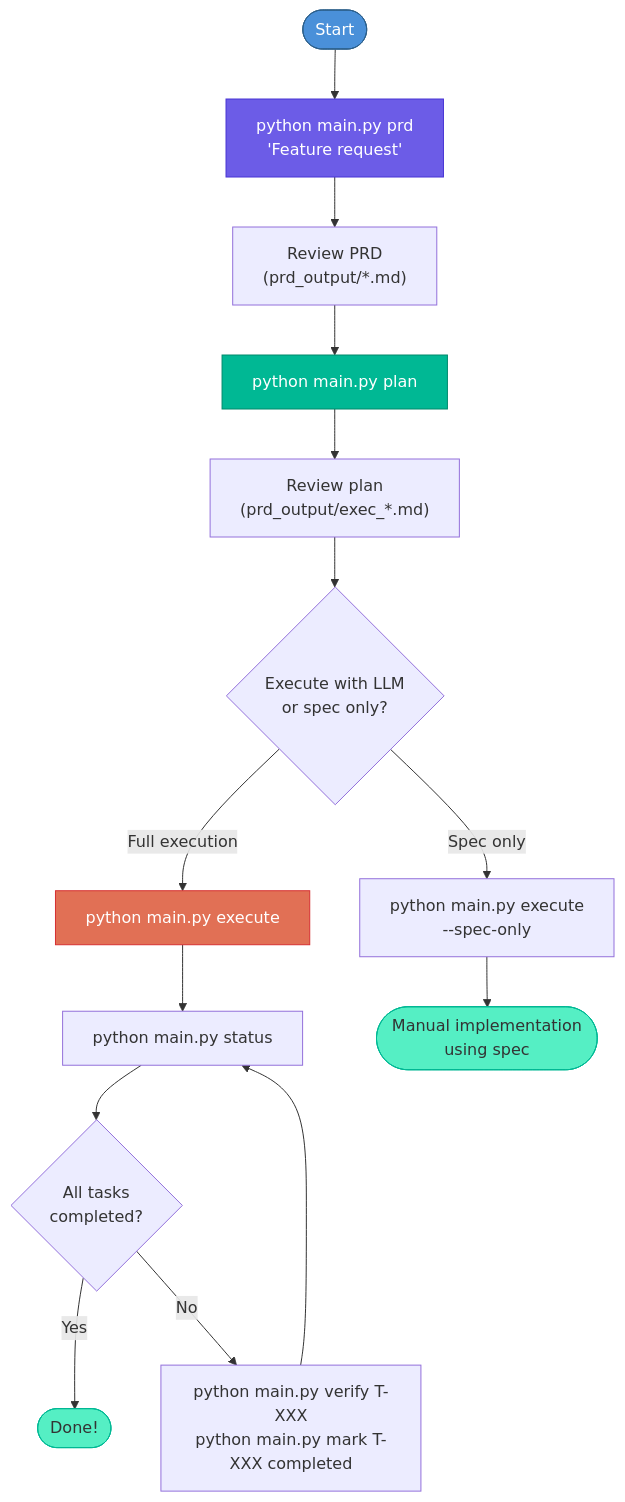
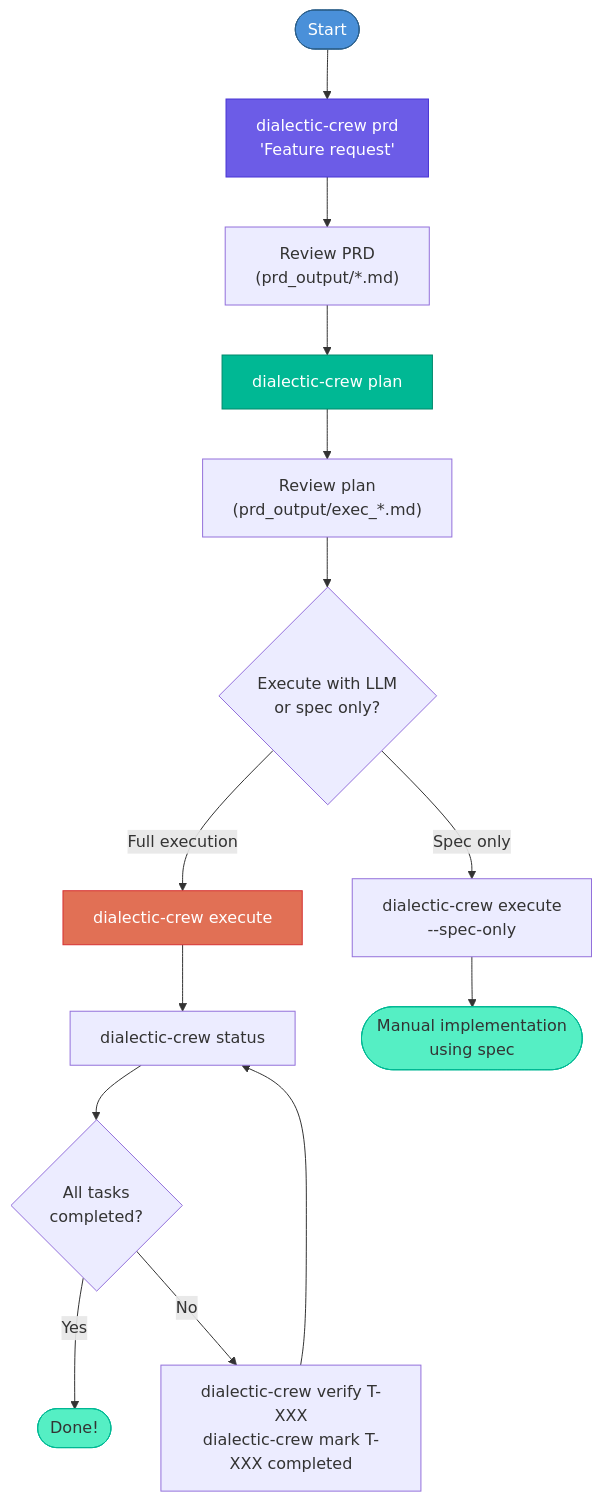
The diagram in docs/getting-started.md (darthlinuxer/dialectic-crew-ai), drawn with Mermaid before and after one commit. The commit also changed other lines of this file and 3 other files, not shown here.

First line of the commit message:
docs: show uv run dialectic-crew as primary command alongside python main.py

````diff
--- a/docs/getting-started.md
+++ b/docs/getting-started.md
@@ -149,23 +153,23 @@
 ```mermaid
 flowchart TD
-    START(["Start"]) --> PRD["python main.py prd<br/>'Feature request'"]
+    START(["Start"]) --> PRD["dialectic-crew prd<br/>'Feature request'"]
     PRD --> REVIEW1["Review PRD<br/>(prd_output/*.md)"]
-    REVIEW1 --> PLAN["python main.py plan"]
+    REVIEW1 --> PLAN["dialectic-crew plan"]
     PLAN --> REVIEW2["Review plan<br/>(prd_output/exec_*.md)"]
     REVIEW2 --> DECIDE{Execute with LLM<br/>or spec only?}
-    DECIDE -->|"Full execution"| EXEC["python main.py execute"]
-    DECIDE -->|"Spec only"| SPEC["python main.py execute<br/>--spec-only"]
-    EXEC --> STATUS["python main.py status"]
+    DECIDE -->|"Full execution"| EXEC["dialectic-crew execute"]
+    DECIDE -->|"Spec only"| SPEC["dialectic-crew execute<br/>--spec-only"]
+    EXEC --> STATUS["dialectic-crew status"]
     STATUS --> CHECK{All tasks<br/>completed?}
     CHECK -->|"Yes"| DONE(["Done!"])
-    CHECK -->|"No"| FIX["python main.py verify T-XXX<br/>python main.py mark T-XXX completed"]
+    CHECK -->|"No"| FIX["dialectic-crew verify T-XXX<br/>dialectic-crew mark T-XXX completed"]
     FIX --> STATUS
     SPEC --> DONE2(["Manual implementation<br/>using spec"])
 
     style START fill:#4A90D9,stroke:#2C5F8A,color:#fff
     style PRD fill:#6C5CE7,stroke:#4834D4,color:#fff
     style PLAN fill:#00B894,stroke:#00896B,color:#fff
     style EXEC fill:#E17055,stroke:#D63031,color:#fff
     style DONE fill:#55EFC4,stroke:#00B894,color:#333
     style DONE2 fill:#55EFC4,stroke:#00B894,color:#333
 ```
````
